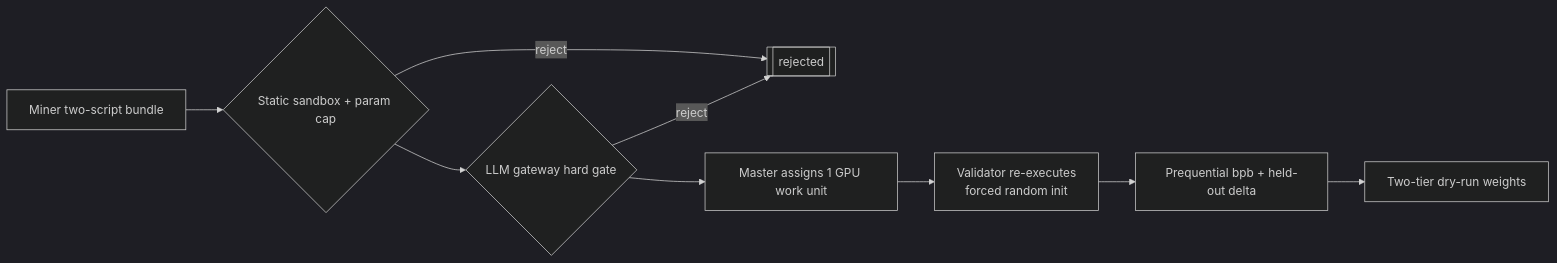
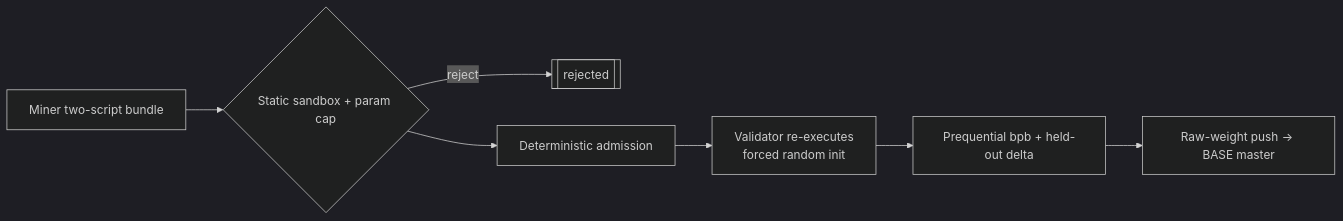
One commit to BaseIntelligence/prism changed the diagram in README.md. Above: the diagram before and after it, drawn with Mermaid (dark theme). The commit also changed other lines of this file, not shown here.

First line of the commit message:
docs: align README with Base v3.1.2 and deterministic Prism

````diff
--- a/README.md
+++ b/README.md
@@ -40,11 +51,9 @@
 ```mermaid
 flowchart LR
     M[Miner two-script bundle] --> G{Static sandbox + param cap}
     G -- reject --> X[[rejected]]
-    G --> L{LLM gateway hard gate}
-    L -- reject --> X
-    L --> A[Master assigns 1 GPU work unit]
+    G --> A[Deterministic admission]
     A --> V[Validator re-executes<br/>forced random init]
     V --> S[Prequential bpb + held-out delta]
-    S --> W[Two-tier dry-run weights]
+    S --> W[Raw-weight push → BASE master]
 ```
````
